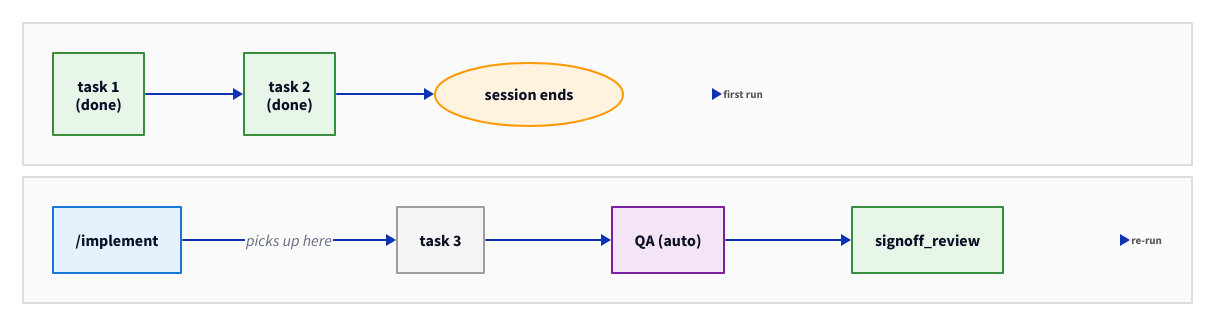
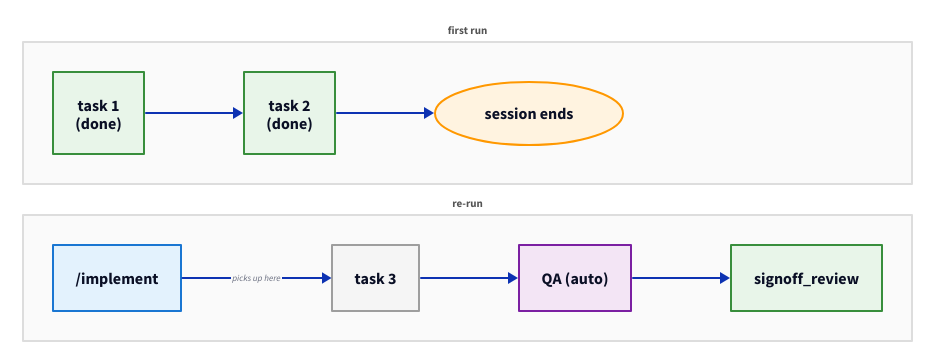
Before and after one commit to bcokert/command-init-orchestrator: the diagram in docs/diagrams/pause-resume.d2, drawn with D2. The commit also changed 13 other files, not shown here.

First line of the commit message:
Fix diagram layout: pad, titles above boxes, smaller edge labels, add legend

```diff
--- a/docs/diagrams/pause-resume.d2
+++ b/docs/diagrams/pause-resume.d2
@@ -1,89 +1,84 @@
 vars: {
   d2-config: {
     layout-engine: dagre
+    pad: 0
   }
   colors: {
     design: "#e3f2fd"
     design-border: "#1976D2"
     impl: "#f5f5f5"
     impl-border: "#9e9e9e"
     qa: "#f3e5f5"
     qa-border: "#7B1FA2"
     archive: "#e8f5e9"
     archive-border: "#388E3C"
     feedback: "#fff3e0"
     feedback-border: "#FF9800"
     lc: "#555555"
   }
 }
 
 grid: "" {
   grid-rows: 2
   grid-gap: 12
   style.stroke: transparent
   style.fill: transparent
 
-  row1: "" {
+  row1: "first run" {
     direction: right
     style.fill: "#fafafa"
     style.stroke: "#dddddd"
+    style.font-size: 11
+    style.bold: true
+    style.font-color: ${colors.lc}
 
     t1: "task 1\n(done)" {
       style.fill: ${colors.archive}
       style.stroke: ${colors.archive-border}
     }
     t2: "task 2\n(done)" {
       style.fill: ${colors.archive}
       style.stroke: ${colors.archive-border}
     }
     stop: "session ends" {
       shape: oval
       style.fill: ${colors.feedback}
       style.stroke: ${colors.feedback-border}
     }
-    _lbl: first run {
-      shape: text
-      style.font-size: 11
-      style.bold: true
-      style.font-color: ${colors.lc}
-    }
 
     t1 -> t2
     t2 -> stop
-    stop -> _lbl { style.stroke-width: 0 }
   }
 
-  row2: "" {
+  row2: "re-run" {
     direction: right
     style.fill: "#fafafa"
     style.stroke: "#dddddd"
+    style.font-size: 11
+    style.bold: true
+    style.font-color: ${colors.lc}
 
     rerun: /implement {
       style.fill: ${colors.design}
       style.stroke: ${colors.design-border}
     }
     t3: task 3 {
       style.fill: ${colors.impl}
       style.stroke: ${colors.impl-border}
     }
     qa: "QA (auto)" {
       style.fill: ${colors.qa}
       style.stroke: ${colors.qa-border}
     }
     signoff: signoff_review {
       style.fill: ${colors.archive}
       style.stroke: ${colors.archive-border}
     }
-    _lbl: re-run {
-      shape: text
-      style.font-size: 11
-      style.bold: true
-      style.font-color: ${colors.lc}
+
+    rerun -> t3: "picks up here" {
+      style.font-size: 9
     }
-
-    rerun -> t3: picks up here
     t3 -> qa
     qa -> signoff
-    signoff -> _lbl { style.stroke-width: 0 }
   }
 }
```
